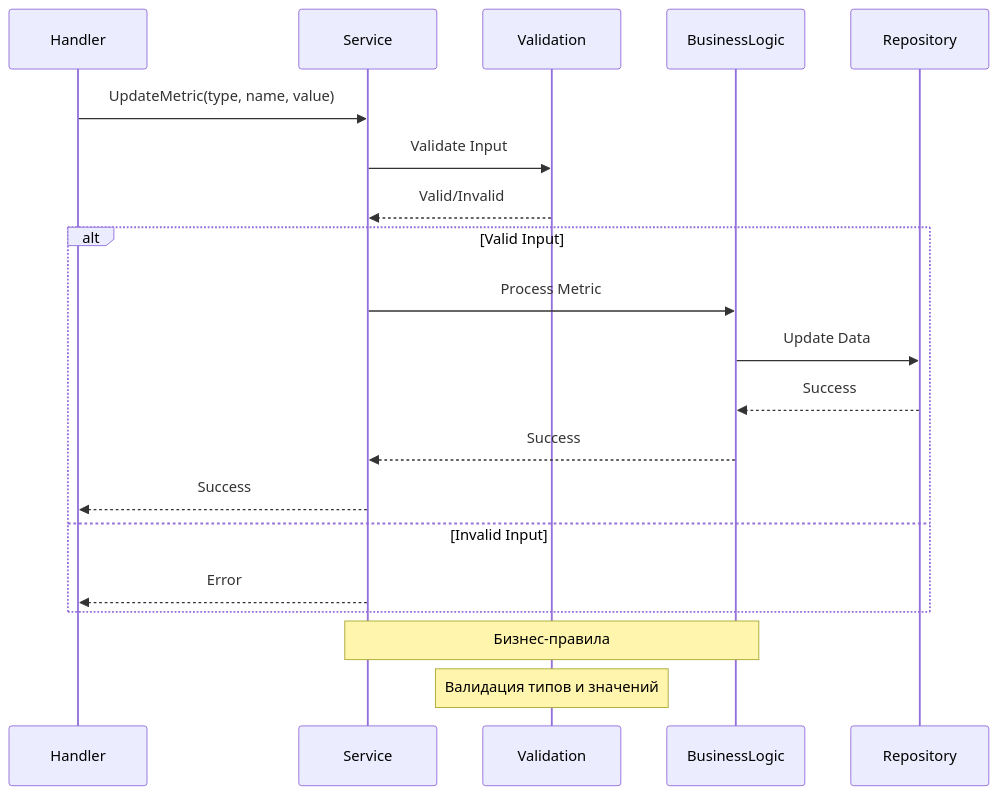
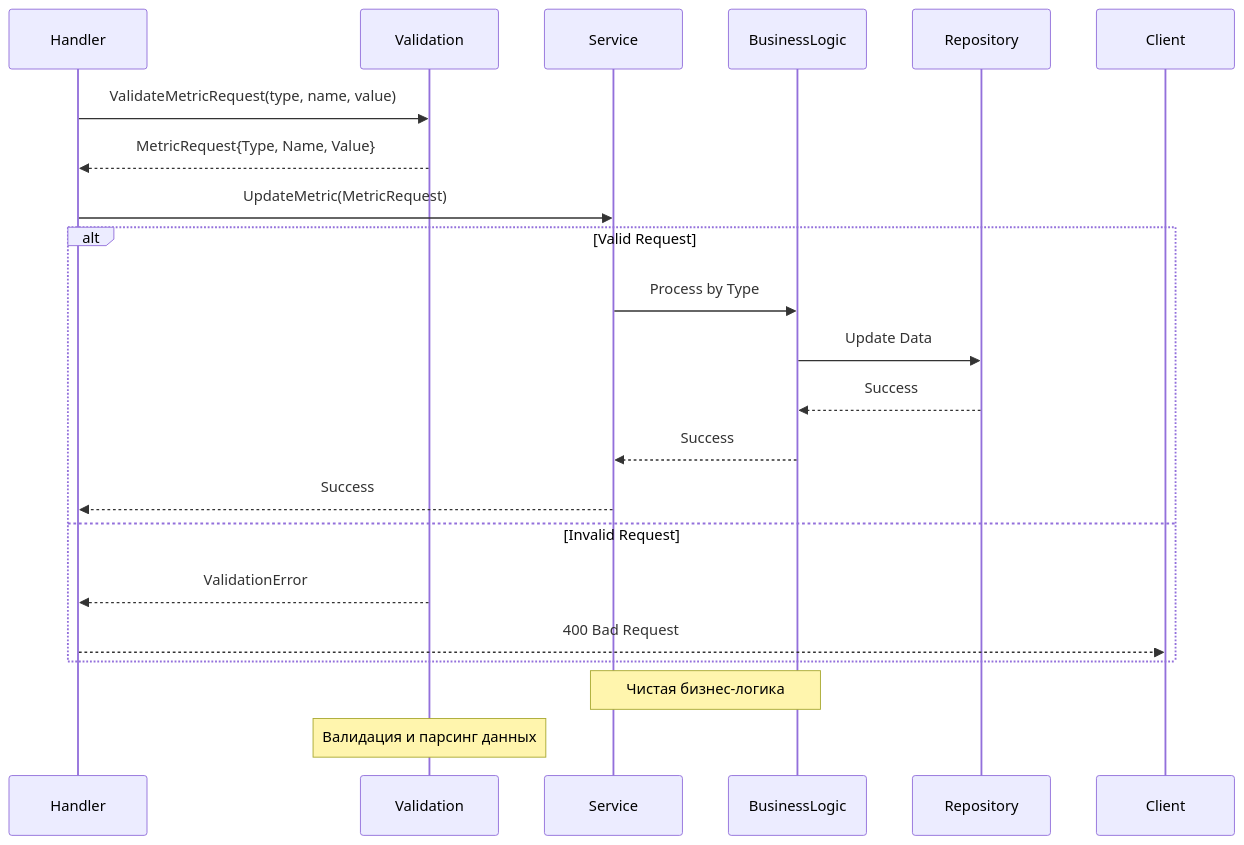
The second of 2 diagrams in internal/service/README.md (IgorKilipenko/metrical), drawn with Mermaid before and after one commit. The commit also changed other lines of this file and 1 other file, not shown here.

Commit message:
docs: update README for HTTP handler and service validation integration

````diff
--- a/internal/service/README.md
+++ b/internal/service/README.md
@@ -62,25 +70,26 @@
 ```mermaid
 sequenceDiagram
     participant Handler
+    participant Validation
     participant Service
-    participant Validation
     participant BusinessLogic
     participant Repository
     
-    Handler->>Service: UpdateMetric(type, name, value)
-    Service->>Validation: Validate Input
-    Validation-->>Service: Valid/Invalid
+    Handler->>Validation: ValidateMetricRequest(type, name, value)
+    Validation-->>Handler: MetricRequest{Type, Name, Value}
+    Handler->>Service: UpdateMetric(MetricRequest)
     
-    alt Valid Input
-        Service->>BusinessLogic: Process Metric
+    alt Valid Request
+        Service->>BusinessLogic: Process by Type
         BusinessLogic->>Repository: Update Data
         Repository-->>BusinessLogic: Success
         BusinessLogic-->>Service: Success
         Service-->>Handler: Success
-    else Invalid Input
-        Service-->>Handler: Error
+    else Invalid Request
+        Validation-->>Handler: ValidationError
+        Handler-->>Client: 400 Bad Request
     end
     
-    Note over Service,BusinessLogic: Бизнес-правила
-    Note over Validation: Валидация типов и значений
+    Note over Service,BusinessLogic: Чистая бизнес-логика
+    Note over Validation: Валидация и парсинг данных
 ```
````
